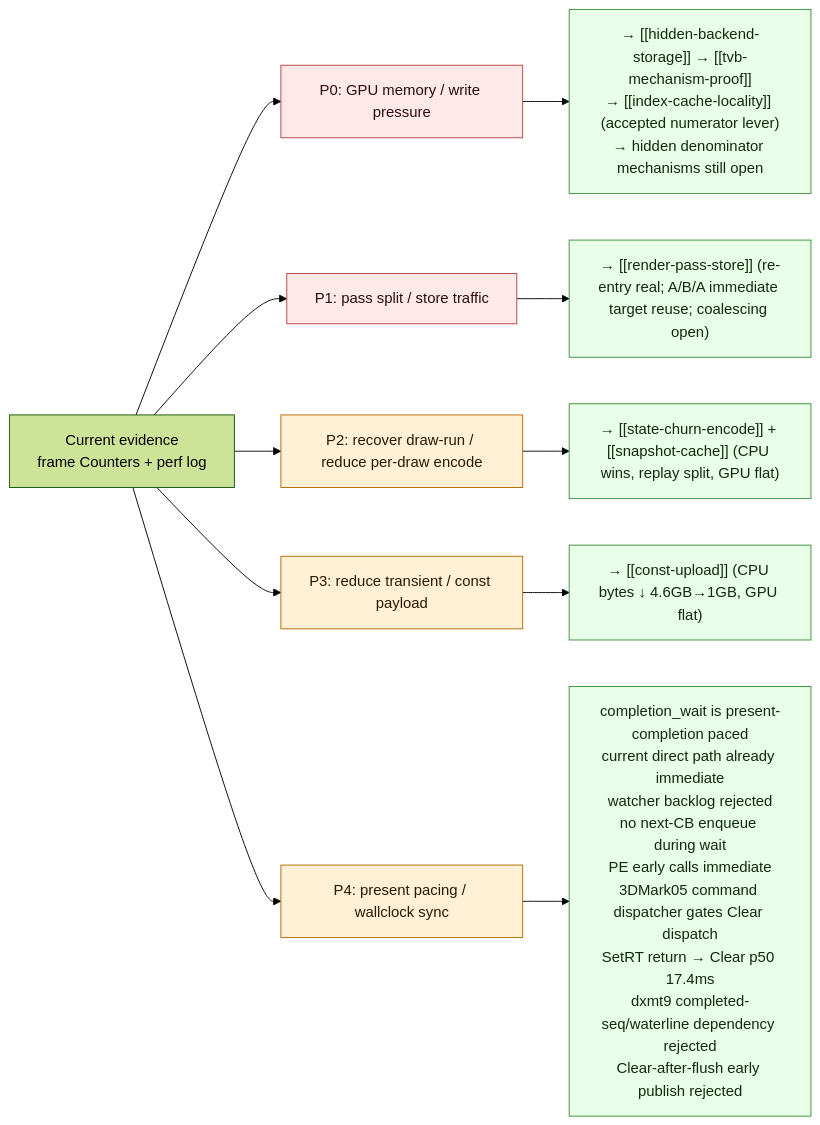
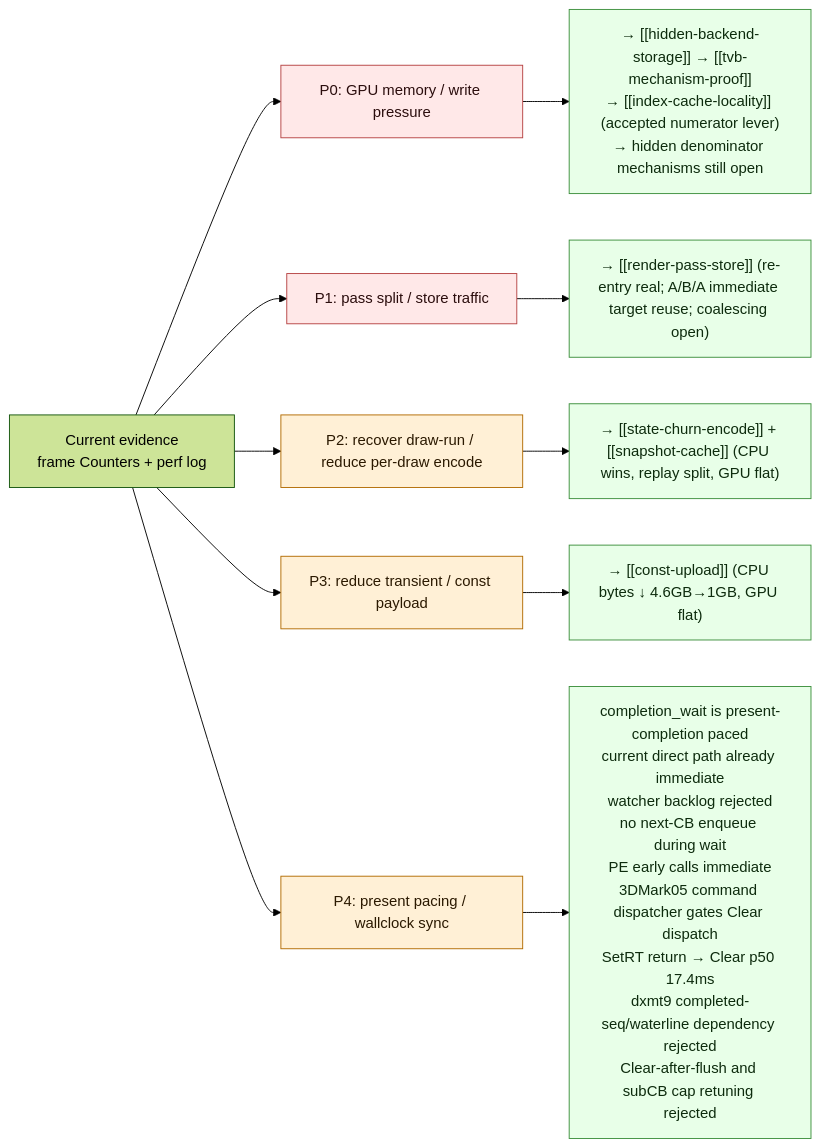
One commit to dfdgsdfg/dxmt9 changed the second of 3 diagrams in docs/perfomance/overview-3dmark05-gt1.md. Above: the diagram before and after it, drawn with Mermaid (forest theme). The commit also changed other lines of this file and 28 other files, not shown here.

````diff
--- a/docs/perfomance/overview-3dmark05-gt1.md
+++ b/docs/perfomance/overview-3dmark05-gt1.md
@@ -564,21 +564,21 @@
 ```mermaid
 flowchart LR
   Start["Current evidence\nframe Counters + perf log"] --> P0["P0: GPU memory / write pressure"]
   Start --> P1["P1: pass split / store traffic"]
   Start --> P2["P2: recover draw-run / reduce per-draw encode"]
   Start --> P3["P3: reduce transient / const payload"]
   Start --> P4["P4: present pacing / wallclock sync"]
 
   P0 --> P0r["→ [[hidden-backend-storage]] → [[tvb-mechanism-proof]]\n→ [[index-cache-locality]] (accepted numerator lever)\n→ hidden denominator mechanisms still open"]
   P1 --> P1r["→ [[render-pass-store]] (re-entry real; A/B/A immediate target reuse; coalescing open)"]
   P2 --> P2r["→ [[state-churn-encode]] + [[snapshot-cache]] (CPU wins, replay split, GPU flat)"]
   P3 --> P3r["→ [[const-upload]] (CPU bytes ↓ 4.6GB→1GB, GPU flat)"]
-  P4 --> P4r["completion_wait is present-completion paced\ncurrent direct path already immediate\nwatcher backlog rejected\nno next-CB enqueue during wait\nPE early calls immediate\n3DMark05 command dispatcher gates Clear dispatch\nSetRT return → Clear p50 17.4ms\ndxmt9 completed-seq/waterline dependency rejected\nClear-after-flush early publish rejected"]
+  P4 --> P4r["completion_wait is present-completion paced\ncurrent direct path already immediate\nwatcher backlog rejected\nno next-CB enqueue during wait\nPE early calls immediate\n3DMark05 command dispatcher gates Clear dispatch\nSetRT return → Clear p50 17.4ms\ndxmt9 completed-seq/waterline dependency rejected\nClear-after-flush and subCB cap retuning rejected"]
 
   classDef p0 fill:#ffe8e8,stroke:#b64242,color:#2b0d0d
   classDef p1 fill:#fff0d6,stroke:#b26b00,color:#2b1900
   classDef act fill:#e8ffe8,stroke:#3c8f3c,color:#0d2b0d
   class P0,P1 p0
   class P2,P3,P4 p1
   class P0r,P1r,P2r,P3r,P4r act
 ```
````
